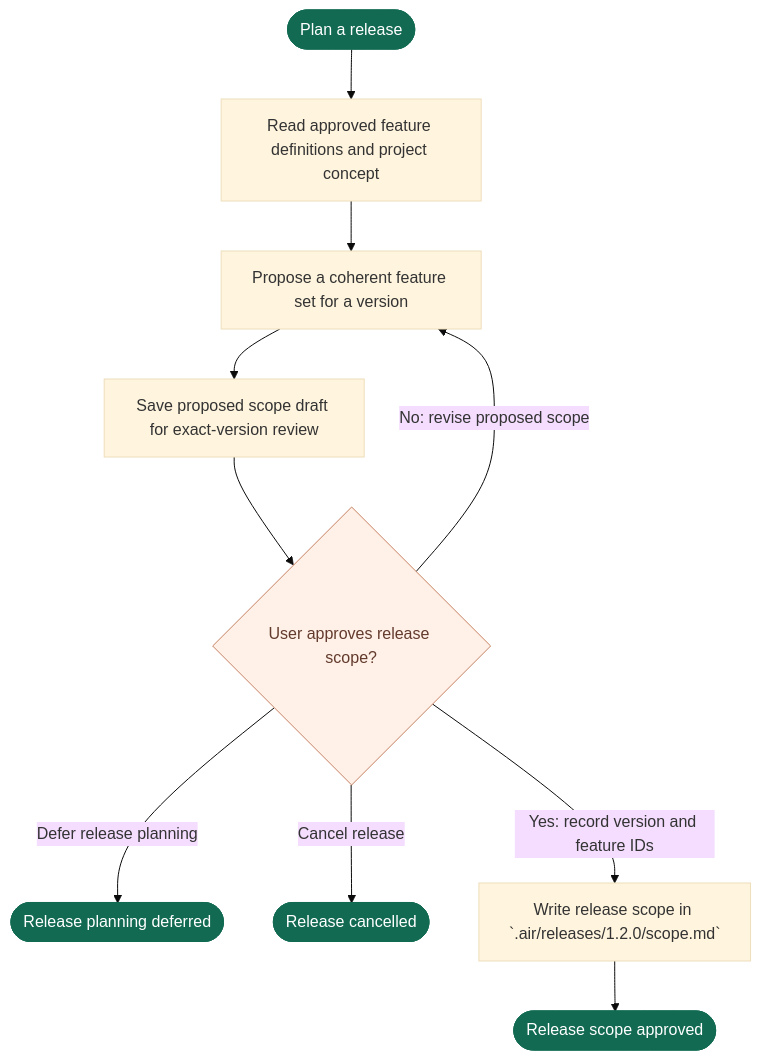
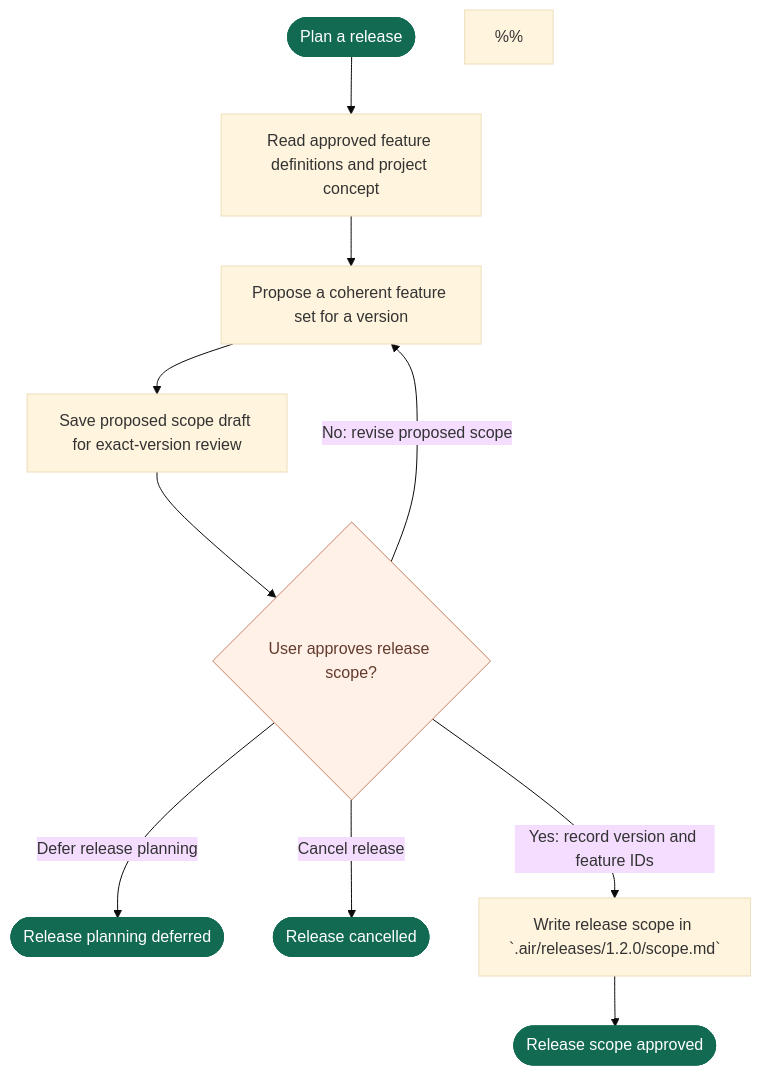
The diagram in docs/airflow/flows/release-planning.mmd (vanlangenlabs/vanlangenlabs-site), drawn with Mermaid (base theme) before and after one commit. The commit also changed 14 other files, not shown here.

Commit message:
refactor(airflow): keep phase rules in Mermaid sources

```diff
--- a/docs/airflow/flows/release-planning.mmd
+++ b/docs/airflow/flows/release-planning.mmd
@@ -1,26 +1,46 @@
 flowchart TD
     start([Plan a release]) --> readBacklog[Read approved feature definitions and project concept]
 %% @airflow-context readBacklog
 %% Read only the approved backlog records relevant to release planning. Propose
 %% a coherent set based on project goals, dependencies, priority and capacity;
 %% do not treat issue order or tracker status alone as user approval.
 %% @end-airflow-context
     readBacklog --> propose[Propose a coherent feature set for a version]
     propose --> draft[Save proposed scope draft for exact-version review]
     draft --> scopeApproval{User approves release scope?}
     scopeApproval -- No: revise proposed scope --> propose
     scopeApproval -- Defer release planning --> planningDeferred([Release planning deferred])
     scopeApproval -- Cancel release --> releaseCancelled([Release cancelled])
     scopeApproval -- Yes: record version and feature IDs --> scope[Write release scope in `.air/releases/1.2.0/scope.md`]
     scope --> scopeReady([Release scope approved])
 %% @airflow-context scopeApproval
 %% The human approves the exact version, included feature IDs, exclusions and
 %% release goals. Bind the decision to the scope file digest. A changed set needs
 %% a new scope approval; deferred planning leaves features in the backlog.
-%% Record approval evidence in `.air/index.md` using the contract.
+%% Record approval evidence in `.air/index.md` using the global instructions.
+%%
+%% Feature transitions owned by this phase:
+%% - `backlog` -> `selected`: Human approves inclusion in a release scope.
+%% - `selected` / `implementing` / `verifying` / `verified` -> `backlog`: Human removes feature from scope or cancels release; Definition remains approved. Preserve historical evidence.
+%%
+%% A feature belongs to at most one active release. Removing an unapproved feature
+%% keeps it clarifying, deferred or rejected, never backlog. Release deferral keeps
+%% membership and valid evidence; execution waits for explicit human reopening.
+%%
+%% Release transition `planning -> scope-pending-approval`: Self-reviewed scope lists exact feature IDs and version; record_status becomes pending-approval. Owner: AI prepares and requests approval.
+%%
+%% Release transition `scope-pending-approval -> scope-approved`: Scope digest is explicitly approved; append approval event. Owner: Human.
+%%
+%% Release transition `deferred -> planning`: User explicitly reopens planning; revalidate the backlog and release goals. Owner: Human.
 %% @end-airflow-context
 
     classDef boundary fill:#126a52,color:#ffffff,stroke:#126a52
     class start,scopeReady,planningDeferred,releaseCancelled boundary
     classDef approval fill:#fff0e8,color:#633b2c,stroke:#c68162
     class scopeApproval approval
+
+%% @airflow-context propose
+%% Record path: `.air/releases/<version>/scope.md`.
+%% Record outline: Release goal; Included feature IDs; Excluded or deferred feature IDs; Dependencies and ordering; Release-level acceptance criteria.
+%% Mutable statuses belong in the index. Example IDs and versions are placeholders.
+%% @end-airflow-context
```
